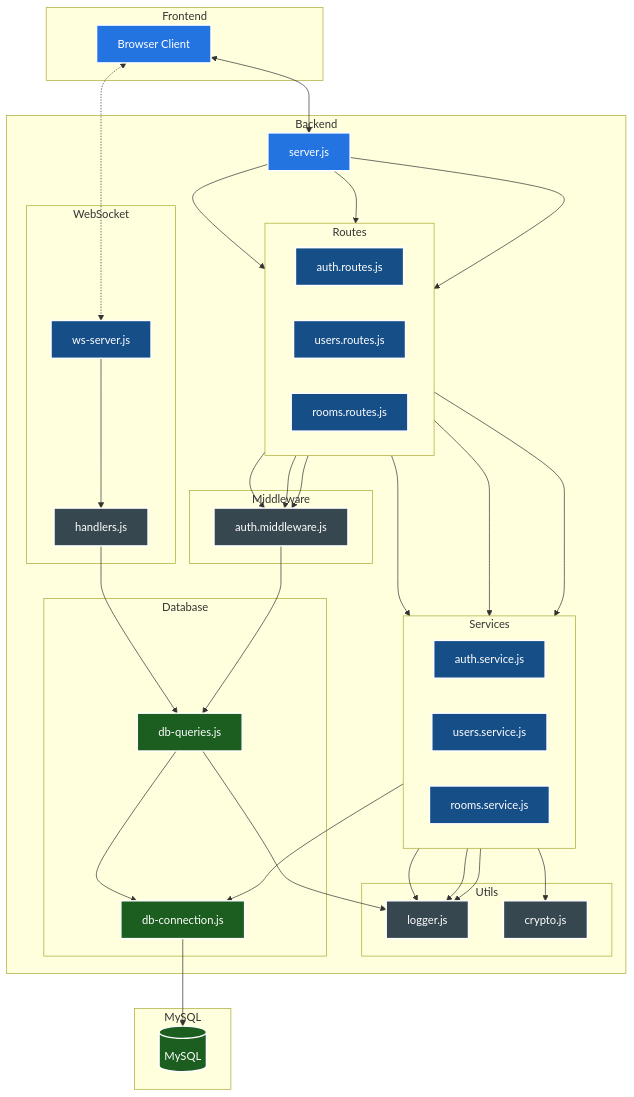
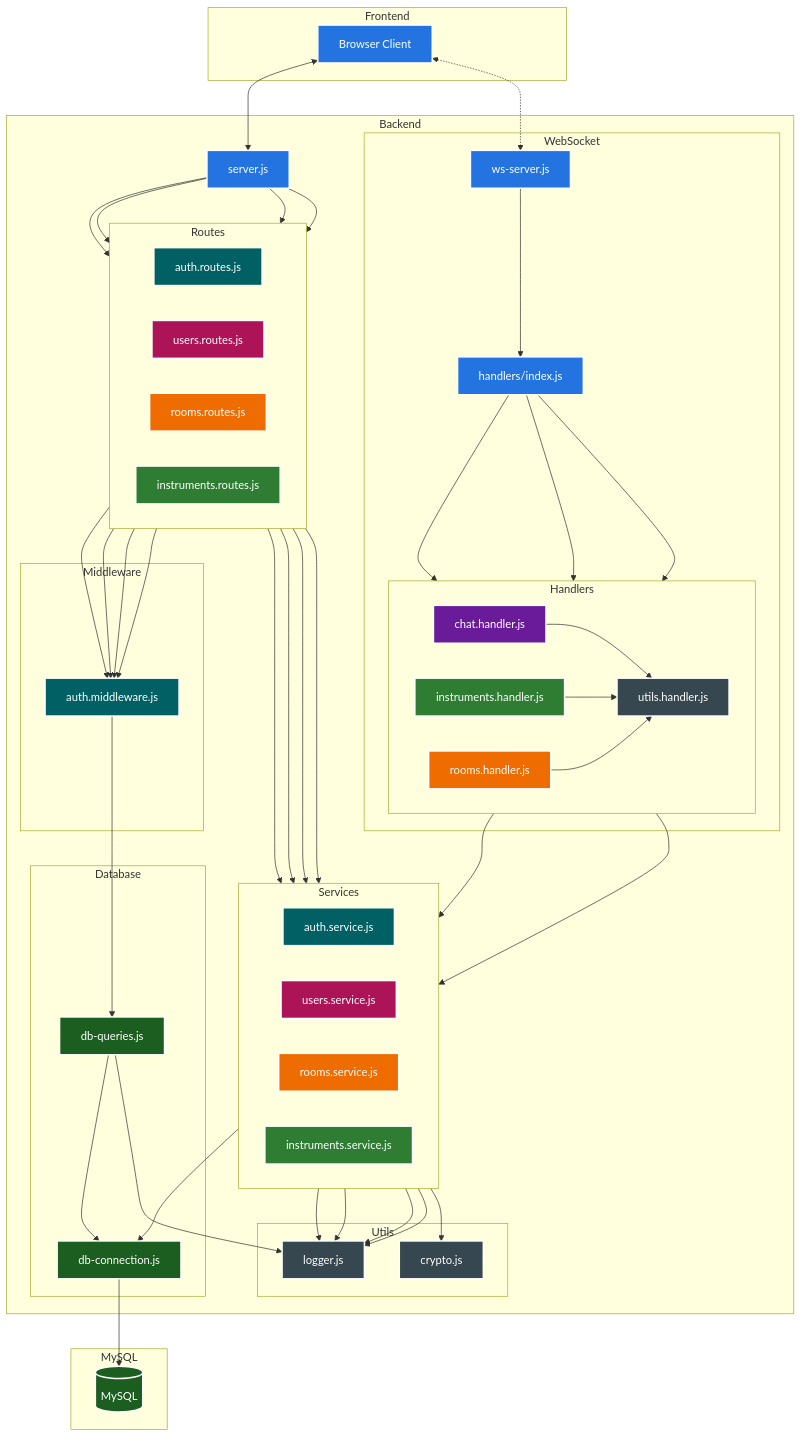
The diagram in README.md (uripont/mixabeat), drawn with Mermaid before and after one commit. The commit also changed 9 other files, not shown here.

Commit message:
adding new instrument service to get audios for instrument, plus splitting ws handlers into separate files

````diff
--- a/README.md
+++ b/README.md
@@ -14,6 +14,7 @@
             AR[auth.routes.js]
             UR[users.routes.js]
             RR[rooms.routes.js]
+            IR[instruments.routes.js]
         end
         
         subgraph Services
@@ -21,11 +22,19 @@
             AS[auth.service.js]
             US[users.service.js]
             RS[rooms.service.js]
+            IS[instruments.service.js]
         end
         
         subgraph WebSocket
             WS[ws-server.js]
-            WH[handlers.js]
+            WSH[handlers/index.js]
+            subgraph Handlers
+                direction LR
+                CH[chat.handler.js]
+                IH[instruments.handler.js]
+                RH[rooms.handler.js]
+                UH[utils.handler.js]
+            end
         end
         
         subgraph Utils
@@ -52,19 +61,21 @@
     Client <-.-> WS
     
     %% Routes Flow
-    Server --> AR
-    Server --> UR
-    Server --> RR
-    AR & UR & RR --> Auth
+    Server --> AR & UR & RR & IR
+    AR & UR & RR & IR --> Auth
 
     %% Service Flow
     AR --> AS
     UR --> US
     RR --> RS
+    IR --> IS
     
     %% WebSocket Flow
-    WS --> WH
-    WH --> DBQ
+    WS --> WSH
+    WSH --> CH & IH & RH
+    CH & IH & RH --> UH
+    IH --> IS
+    RH --> RS
     
     %% Database Access
     Services --> DBC
@@ -73,17 +84,25 @@
     Auth --> DBQ
     
     %% Utils Usage
-    AS & US & RS & DBQ --> Logger
+    AS & US & RS & IS & DBQ --> Logger
     AS --> Crypto
     
     %% Style definitions and classes
     classDef primary fill:#2374e1,stroke:#fff,stroke-width:2px,color:#fff
-    classDef secondary fill:#164e87,stroke:#fff,stroke-width:2px,color:#fff
+    classDef auth fill:#006064,stroke:#fff,stroke-width:2px,color:#fff
+    classDef users fill:#ad1457,stroke:#fff,stroke-width:2px,color:#fff
+    classDef rooms fill:#ef6c00,stroke:#fff,stroke-width:2px,color:#fff
+    classDef instruments fill:#2e7d32,stroke:#fff,stroke-width:2px,color:#fff
+    classDef chat fill:#6a1b9a,stroke:#fff,stroke-width:2px,color:#fff
     classDef utility fill:#37474f,stroke:#fff,stroke-width:2px,color:#fff
     classDef database fill:#1b5e20,stroke:#fff,stroke-width:2px,color:#fff
     
-    class Server,Client primary
-    class AR,UR,RR,AS,US,RS,WS secondary
-    class Logger,Crypto,Auth,WH utility
+    class Server,Client,WS,WSH primary
+    class AR,AS,Auth auth
+    class UR,US users
+    class RR,RS,RH rooms
+    class IR,IS,IH instruments
+    class CH chat
+    class Logger,Crypto,UH utility
     class DBC,DBQ,DB database
 ```
````
